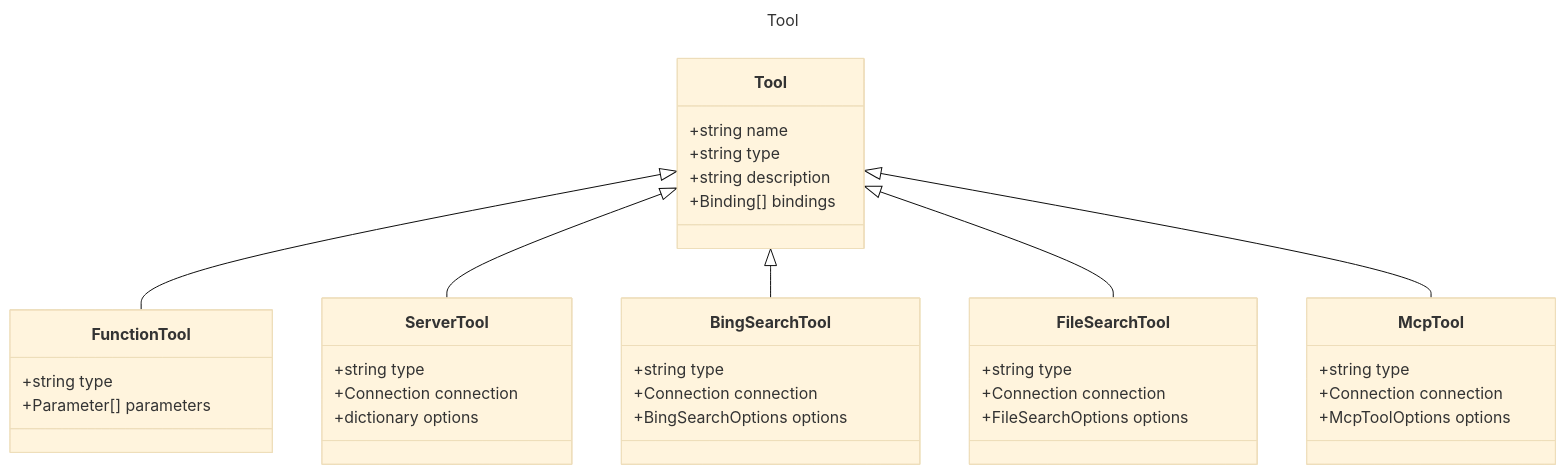
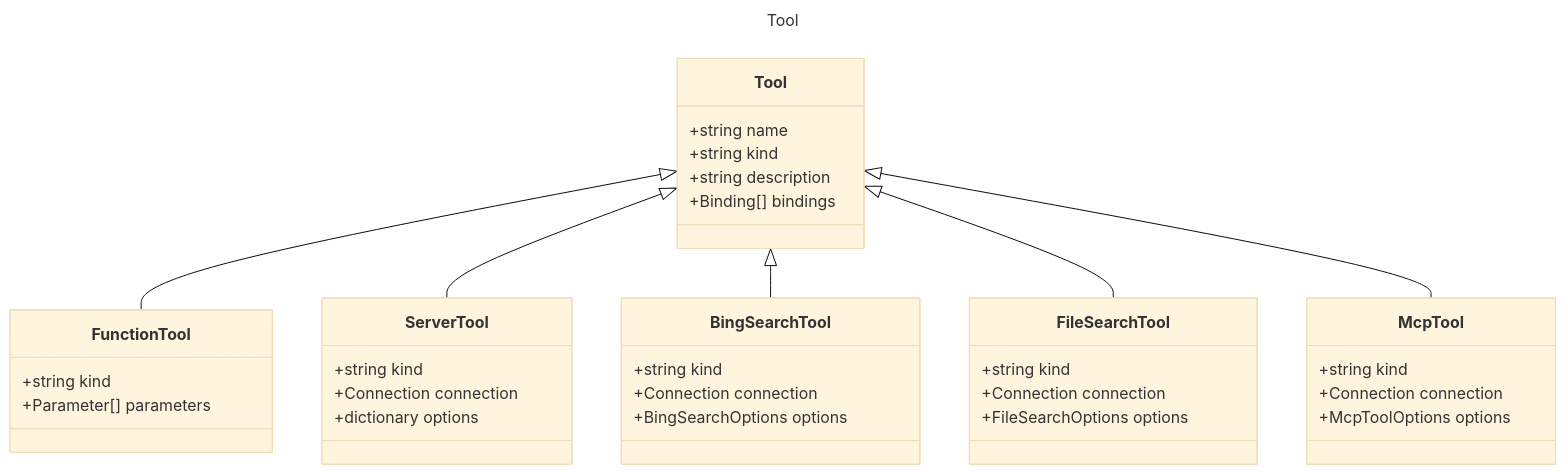
The diagram in specification/prompty/docs/Tool.md (microsoft/prompty), drawn with Mermaid (base theme) before and after one commit. The commit also changed other lines of this file and 27 other files, not shown here.

Commit message:
moved from 'type' to 'kind' throughout the spec

````diff
--- a/specification/prompty/docs/Tool.md
+++ b/specification/prompty/docs/Tool.md
@@ -7,41 +7,41 @@
 ```mermaid
 ---
 title: Tool
 ---
 classDiagram
     class Tool {
         +string name
-        +string type
+        +string kind
         +string description
         +Binding[] bindings
     }
     class FunctionTool {
-        +string type
+        +string kind
         +Parameter[] parameters
     }
     Tool <|-- FunctionTool
     class ServerTool {
-        +string type
+        +string kind
         +Connection connection
         +dictionary options
     }
     Tool <|-- ServerTool
     class BingSearchTool {
-        +string type
+        +string kind
         +Connection connection
         +BingSearchOptions options
     }
     Tool <|-- BingSearchTool
     class FileSearchTool {
-        +string type
+        +string kind
         +Connection connection
         +FileSearchOptions options
     }
     Tool <|-- FileSearchTool
     class McpTool {
-        +string type
+        +string kind
         +Connection connection
         +McpToolOptions options
     }
     Tool <|-- McpTool
 ```
````
